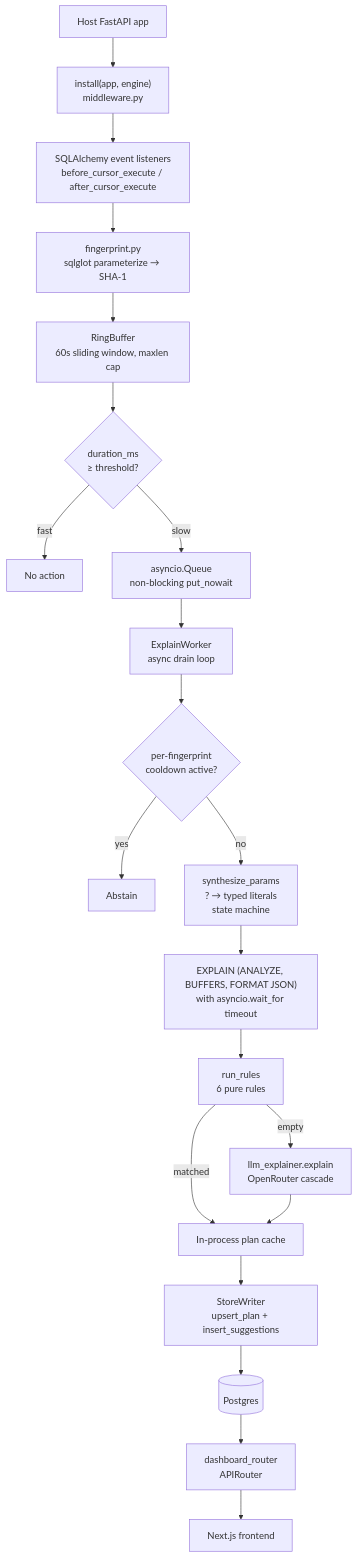
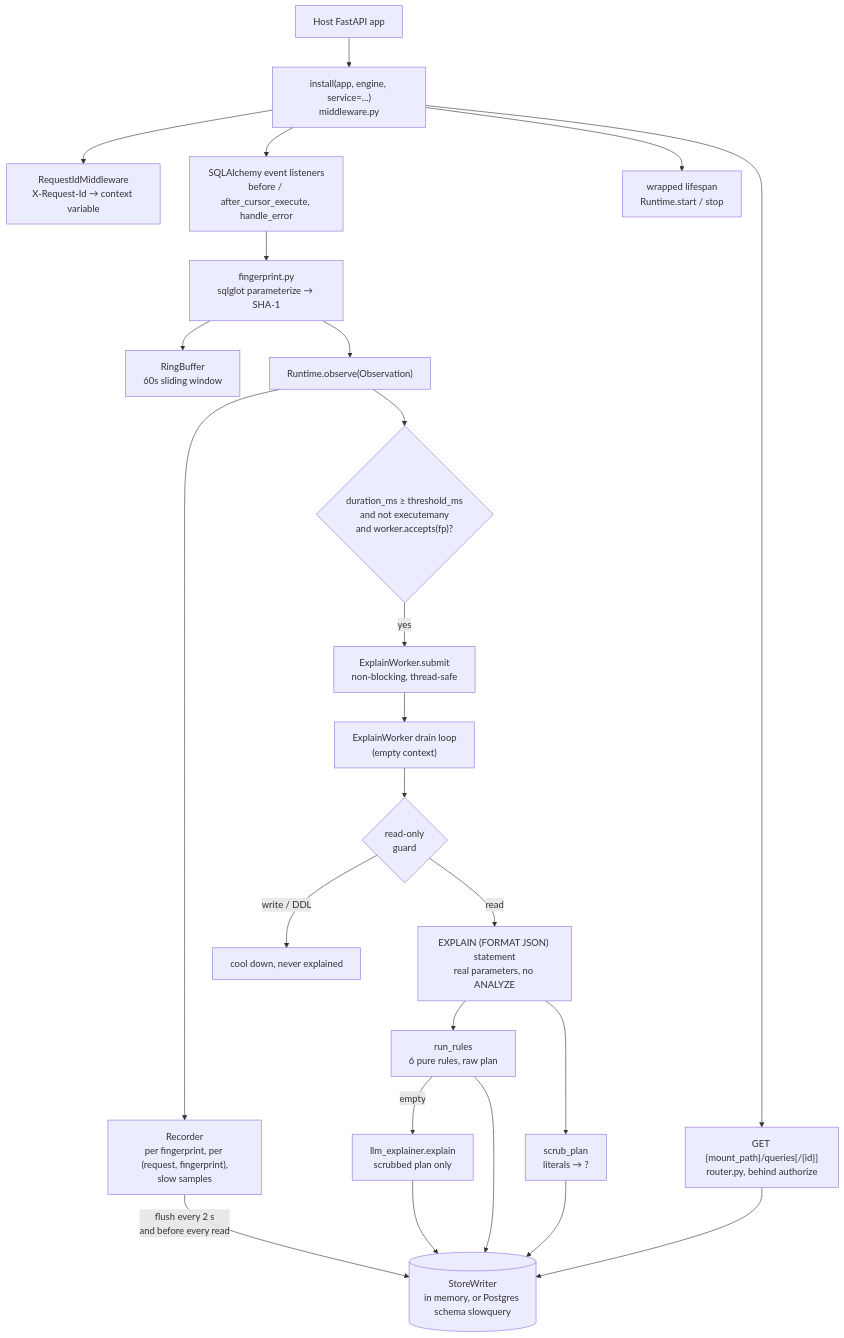
One commit to Abdul-Muizz1310/slowquery-detective changed the first of 3 diagrams in docs/ARCHITECTURE.md. Above: the diagram before and after it, drawn with Mermaid. The commit also changed other lines of this file and 5 other files, not shown here.

````diff
--- a/docs/ARCHITECTURE.md
+++ b/docs/ARCHITECTURE.md
@@ -5,23 +5,26 @@
 ```mermaid
 flowchart TD
-    App["Host FastAPI app"] --> MW["install(app, engine)<br/>middleware.py"]
-    MW --> Hook["SQLAlchemy event listeners<br/>before_cursor_execute / after_cursor_execute"]
+    App["Host FastAPI app"] --> Inst["install(app, engine, service=...)<br/>middleware.py"]
+    Inst --> Tag["RequestIdMiddleware<br/>X-Request-Id → context variable"]
+    Inst --> Hook["SQLAlchemy event listeners<br/>before / after_cursor_execute, handle_error"]
+    Inst --> Life["wrapped lifespan<br/>Runtime.start / stop"]
+    Inst --> Routes["GET {mount_path}/queries[/{id}]<br/>router.py, behind authorize"]
     Hook --> FP["fingerprint.py<br/>sqlglot parameterize → SHA-1"]
-    FP --> Ring["RingBuffer<br/>60s sliding window, maxlen cap"]
-    Ring --> Detector{"duration_ms<br/>≥ threshold?"}
-    Detector -- "fast" --> Discard["No action"]
-    Detector -- "slow" --> Queue["asyncio.Queue<br/>non-blocking put_nowait"]
-    Queue --> Worker["ExplainWorker<br/>async drain loop"]
-    Worker --> Cooldown{"per-fingerprint<br/>cooldown active?"}
-    Cooldown -- "yes" --> Skip["Abstain"]
-    Cooldown -- "no" --> Synth["synthesize_params<br/>? → typed literals<br/>state machine"]
-    Synth --> Explain["EXPLAIN (ANALYZE, BUFFERS, FORMAT JSON)<br/>with asyncio.wait_for timeout"]
-    Explain --> Rules["run_rules<br/>6 pure rules"]
-    Rules -- "matched" --> Cache["In-process plan cache"]
-    Rules -- "empty" --> LLM["llm_explainer.explain<br/>OpenRouter cascade"]
-    LLM --> Cache
-    Cache --> Store["StoreWriter<br/>upsert_plan + insert_suggestions"]
-    Store --> DB[("Postgres")]
-    DB --> Dash["dashboard_router<br/>APIRouter"]
-    Dash --> FE["Next.js frontend"]
+    FP --> Ring["RingBuffer<br/>60s sliding window"]
+    FP --> Obs["Runtime.observe(Observation)"]
+    Obs --> Rec["Recorder<br/>per fingerprint, per (request, fingerprint),<br/>slow samples"]
+    Obs --> Detector{"duration_ms ≥ threshold_ms<br/>and not executemany<br/>and worker.accepts(fp)?"}
+    Detector -- "yes" --> Queue["ExplainWorker.submit<br/>non-blocking, thread-safe"]
+    Rec -- "flush every 2 s<br/>and before every read" --> Store[("StoreWriter<br/>in memory, or Postgres schema slowquery")]
+    Queue --> Worker["ExplainWorker drain loop<br/>(empty context)"]
+    Worker --> Guard{"read-only<br/>guard"}
+    Guard -- "write / DDL" --> Cool["cool down, never explained"]
+    Guard -- "read" --> Explain["EXPLAIN (FORMAT JSON) statement<br/>real parameters, no ANALYZE"]
+    Explain --> Rules["run_rules<br/>6 pure rules, raw plan"]
+    Explain --> Scrub["scrub_plan<br/>literals → ?"]
+    Rules -- "empty" --> LLM["llm_explainer.explain<br/>scrubbed plan only"]
+    Scrub --> Store
+    Rules --> Store
+    LLM --> Store
+    Routes --> Store
 ```
````
